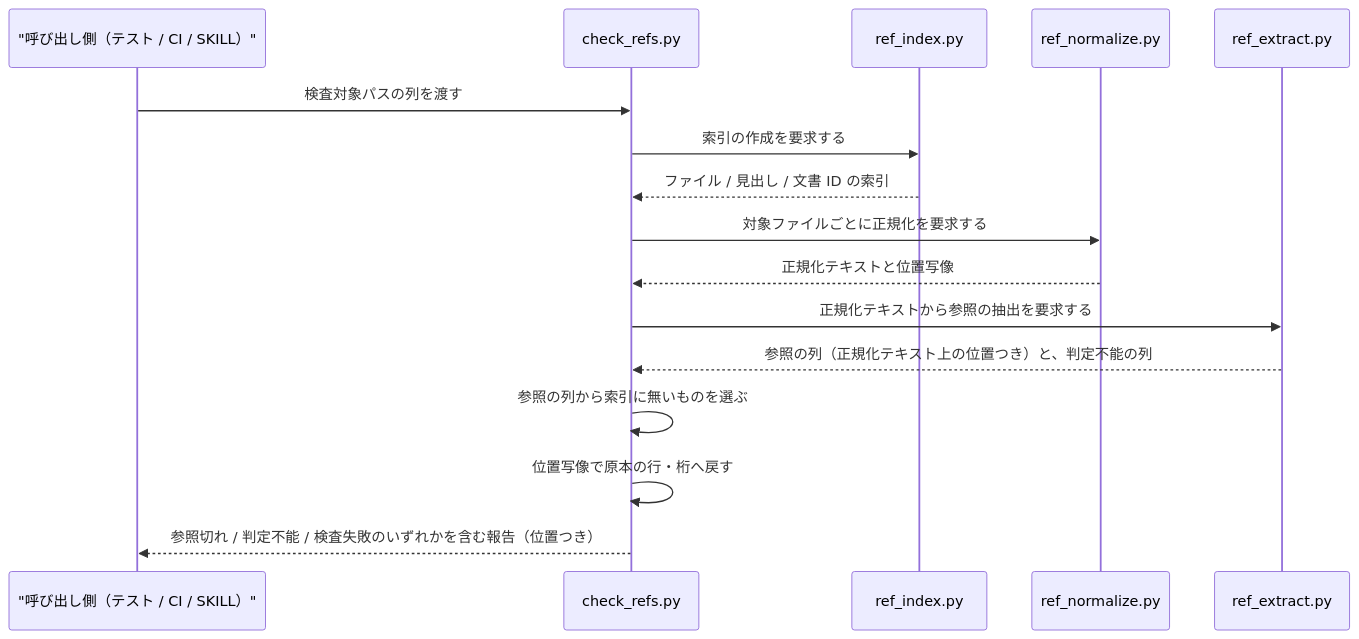
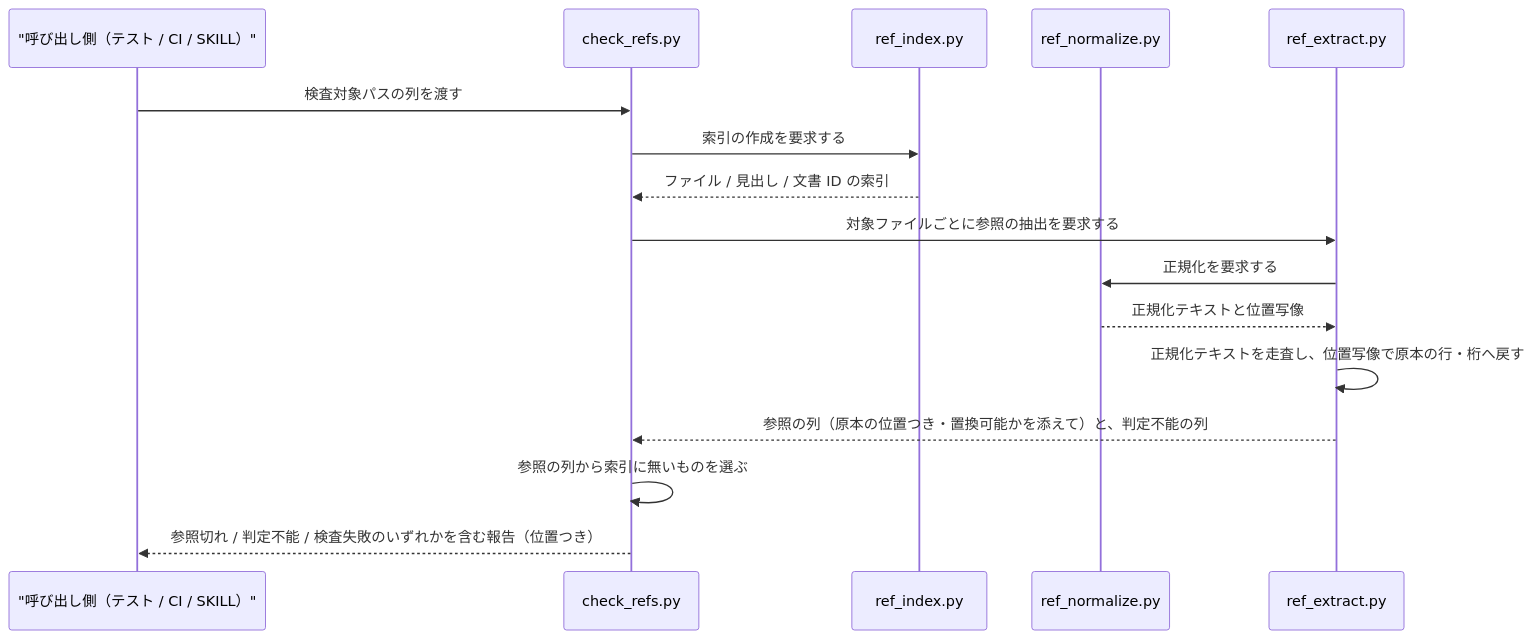
The second of 3 diagrams in docs/specs/forge/doc-reference-integrity/design/DES-081_doc_reference_integrity_design.md (BlueEventHorizon/bw-cc-plugins), drawn with Mermaid before and after one commit. The commit also changed other lines of this file and 13 other files, not shown here.

````diff
--- a/docs/specs/forge/doc-reference-integrity/design/DES-081_doc_reference_integrity_design.md
+++ b/docs/specs/forge/doc-reference-integrity/design/DES-081_doc_reference_integrity_design.md
@@ -321,19 +358,19 @@
 ```mermaid
 sequenceDiagram
     participant Caller as "呼び出し側（テスト / CI / SKILL）"
     participant Check as check_refs.py
     participant Index as ref_index.py
     participant Norm as ref_normalize.py
     participant Extract as ref_extract.py
 
     Caller ->> Check: 検査対象パスの列を渡す
     Check ->> Index: 索引の作成を要求する
     Index -->> Check: ファイル / 見出し / 文書 ID の索引
-    Check ->> Norm: 対象ファイルごとに正規化を要求する
-    Norm -->> Check: 正規化テキストと位置写像
-    Check ->> Extract: 正規化テキストから参照の抽出を要求する
-    Extract -->> Check: 参照の列（正規化テキスト上の位置つき）と、判定不能の列
+    Check ->> Extract: 対象ファイルごとに参照の抽出を要求する
+    Extract ->> Norm: 正規化を要求する
+    Norm -->> Extract: 正規化テキストと位置写像
+    Extract ->> Extract: 正規化テキストを走査し、位置写像で原本の行・桁へ戻す
+    Extract -->> Check: 参照の列（原本の位置つき・置換可能かを添えて）と、判定不能の列
     Check ->> Check: 参照の列から索引に無いものを選ぶ
-    Check ->> Check: 位置写像で原本の行・桁へ戻す
     Check -->> Caller: 参照切れ / 判定不能 / 検査失敗のいずれかを含む報告（位置つき）
 ```
````
